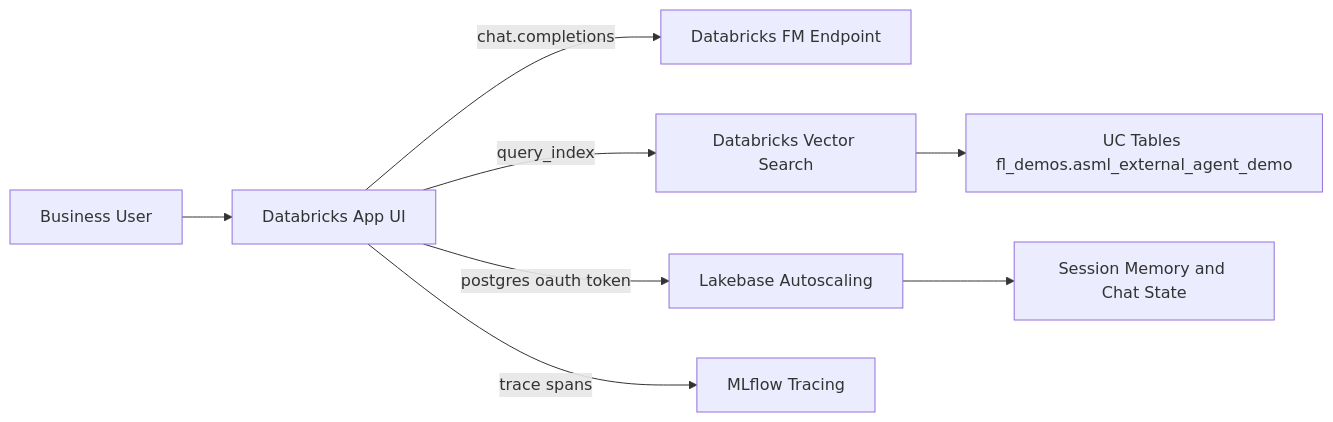
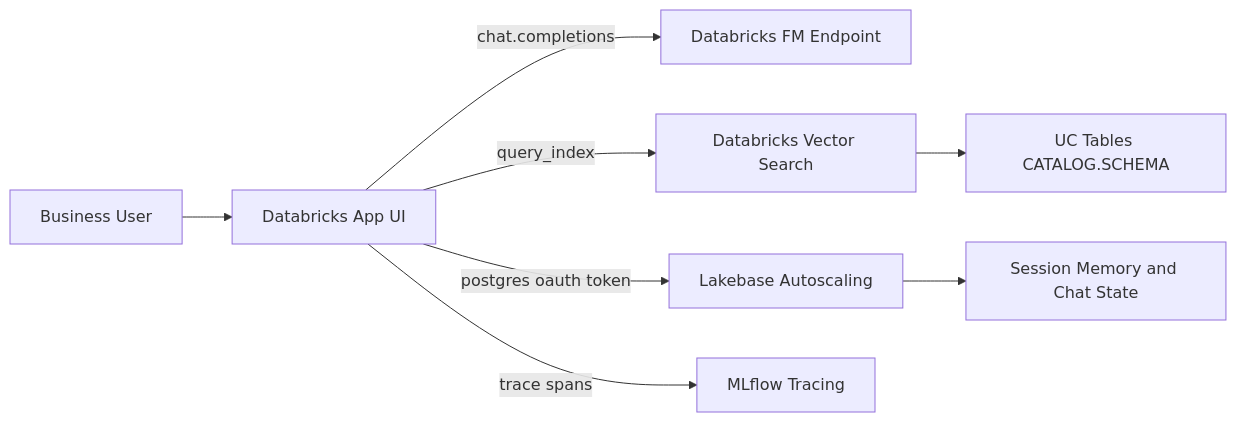
The diagram in DEMO_DAY_PACKAGE.md (fabianlanz-db/AI_Infra_Orchestration), drawn with Mermaid before and after one commit. The commit also changed other lines of this file and 7 other files, not shown here.

````diff
--- a/DEMO_DAY_PACKAGE.md
+++ b/DEMO_DAY_PACKAGE.md
@@ -12,10 +12,10 @@
 ```mermaid
 flowchart LR
   User[Business User] --> AppUI[Databricks App UI]
   AppUI -->|chat.completions| FmEndpoint[Databricks FM Endpoint]
   AppUI -->|query_index| VectorSearch[Databricks Vector Search]
   AppUI -->|postgres oauth token| Lakebase[Lakebase Autoscaling]
   AppUI -->|trace spans| Mlflow[MLflow Tracing]
-  VectorSearch --> DeltaTables[UC Tables fl_demos.asml_external_agent_demo]
+  VectorSearch --> DeltaTables[UC Tables CATALOG.SCHEMA]
   Lakebase --> SessionState[Session Memory and Chat State]
 ```
````
